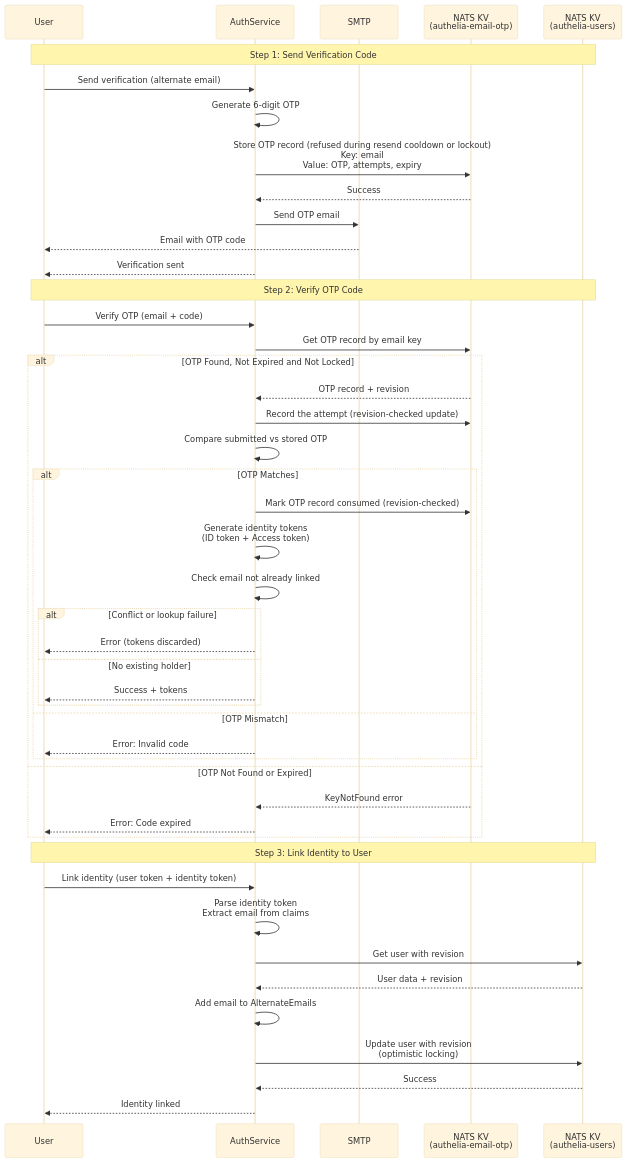
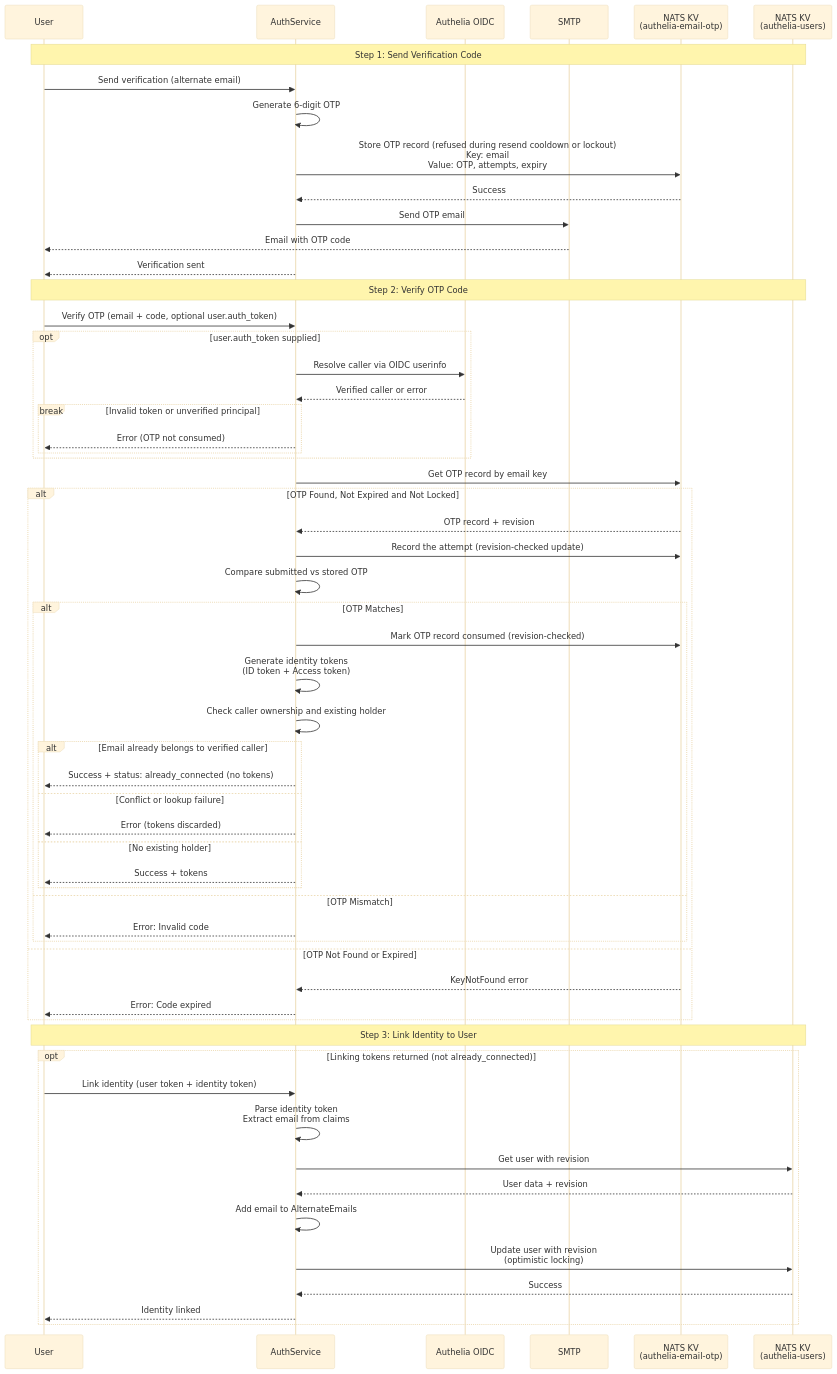
One commit to linuxfoundation/lfx-v2-auth-service changed the second of 2 diagrams in internal/infrastructure/authelia/README.md. Above: the diagram before and after it, drawn with Mermaid (base theme). The commit also changed other lines of this file and 2 other files, not shown here.

Commit message:
fix(ci): update chi for PR #114 (lfx-self-serve-ops#936)
- upgrades chi to v5.4.0 to fix GHSA-j6qf-3m9c-vwj3
- documents caller-aware Authelia verification and token-free success

````diff
--- a/internal/infrastructure/authelia/README.md
+++ b/internal/infrastructure/authelia/README.md
@@ -200,55 +200,67 @@
 ```mermaid
 sequenceDiagram
     participant User
     participant AuthService
+    participant Authelia as Authelia OIDC
     participant SMTP
     participant NATSKV as NATS KV<br/>(authelia-email-otp)
     participant Storage as NATS KV<br/>(authelia-users)
 
     Note over User,Storage: Step 1: Send Verification Code
     
     User->>AuthService: Send verification (alternate email)
     AuthService->>AuthService: Generate 6-digit OTP
     AuthService->>NATSKV: Store OTP record (refused during resend cooldown or lockout)<br/>Key: email<br/>Value: OTP, attempts, expiry
     NATSKV-->>AuthService: Success
     AuthService->>SMTP: Send OTP email
     SMTP-->>User: Email with OTP code
     AuthService-->>User: Verification sent
 
     Note over User,Storage: Step 2: Verify OTP Code
     
-    User->>AuthService: Verify OTP (email + code)
+    User->>AuthService: Verify OTP (email + code, optional user.auth_token)
+    opt user.auth_token supplied
+        AuthService->>Authelia: Resolve caller via OIDC userinfo
+        Authelia-->>AuthService: Verified caller or error
+        break Invalid token or unverified principal
+            AuthService-->>User: Error (OTP not consumed)
+        end
+    end
     AuthService->>NATSKV: Get OTP record by email key
     
     alt OTP Found, Not Expired and Not Locked
         NATSKV-->>AuthService: OTP record + revision
         AuthService->>NATSKV: Record the attempt (revision-checked update)
         AuthService->>AuthService: Compare submitted vs stored OTP
         alt OTP Matches
             AuthService->>NATSKV: Mark OTP record consumed (revision-checked)
             AuthService->>AuthService: Generate identity tokens<br/>(ID token + Access token)
-            AuthService->>AuthService: Check email not already linked
-            alt Conflict or lookup failure
+            AuthService->>AuthService: Check caller ownership and existing holder
+            alt Email already belongs to verified caller
+                AuthService-->>User: Success + status: already_connected (no tokens)
+            else Conflict or lookup failure
                 AuthService-->>User: Error (tokens discarded)
             else No existing holder
                 AuthService-->>User: Success + tokens
             end
         else OTP Mismatch
             AuthService-->>User: Error: Invalid code
         end
     else OTP Not Found or Expired
         NATSKV-->>AuthService: KeyNotFound error
         AuthService-->>User: Error: Code expired
     end
 
     Note over User,Storage: Step 3: Link Identity to User
     
-    User->>AuthService: Link identity (user token + identity token)
-    AuthService->>AuthService: Parse identity token<br/>Extract email from claims
-    AuthService->>Storage: Get user with revision
-    Storage-->>AuthService: User data + revision
-    AuthService->>AuthService: Add email to AlternateEmails
-    AuthService->>Storage: Update user with revision<br/>(optimistic locking)
-    Storage-->>AuthService: Success
-    AuthService-->>User: Identity linked
+    opt Linking tokens returned (not already_connected)
+        User->>AuthService: Link identity (user token + identity token)
+        AuthService->>AuthService: Parse identity token<br/>Extract email from claims
+        AuthService->>Storage: Get user with revision
+        Storage-->>AuthService: User data + revision
+        AuthService->>AuthService: Add email to AlternateEmails
+        AuthService->>Storage: Update user with revision<br/>(optimistic locking)
+        Storage-->>AuthService: Success
+        AuthService-->>User: Identity linked
+    end
 ```
````
